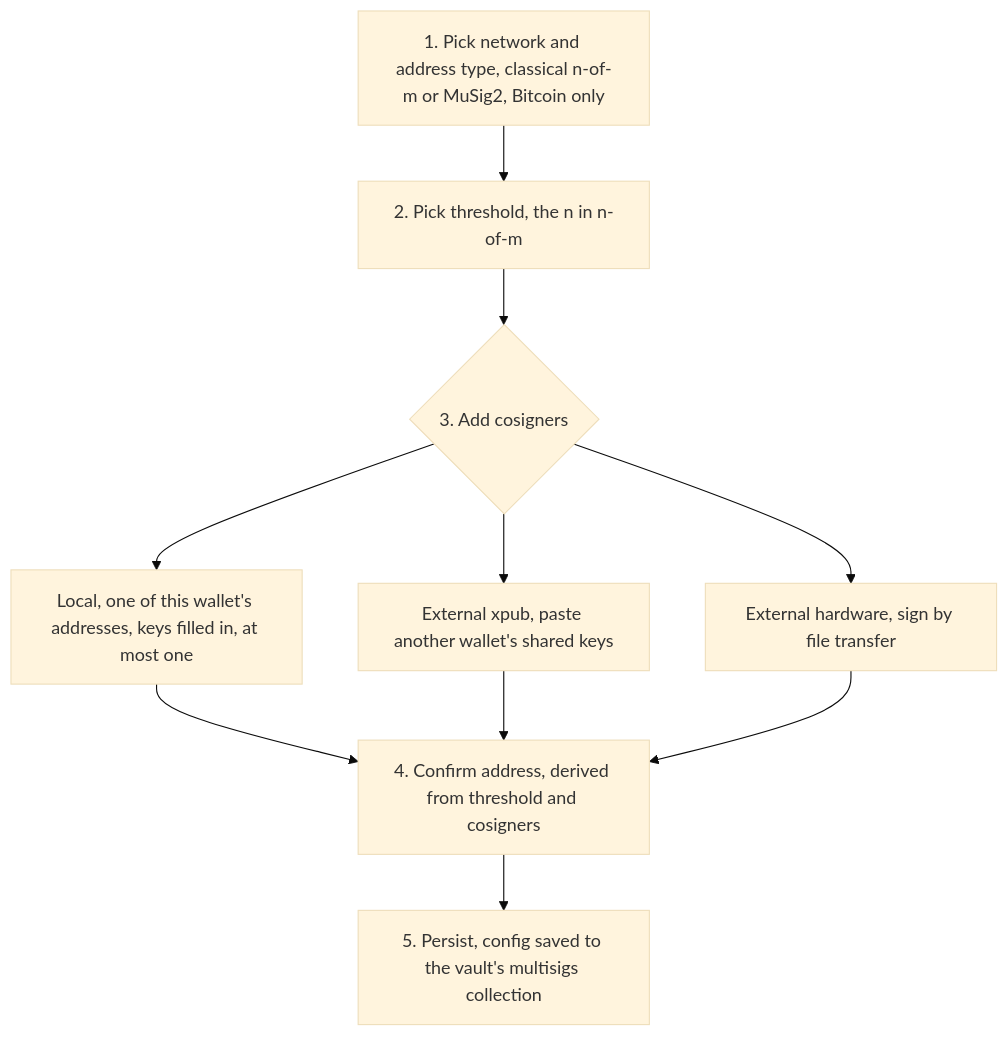
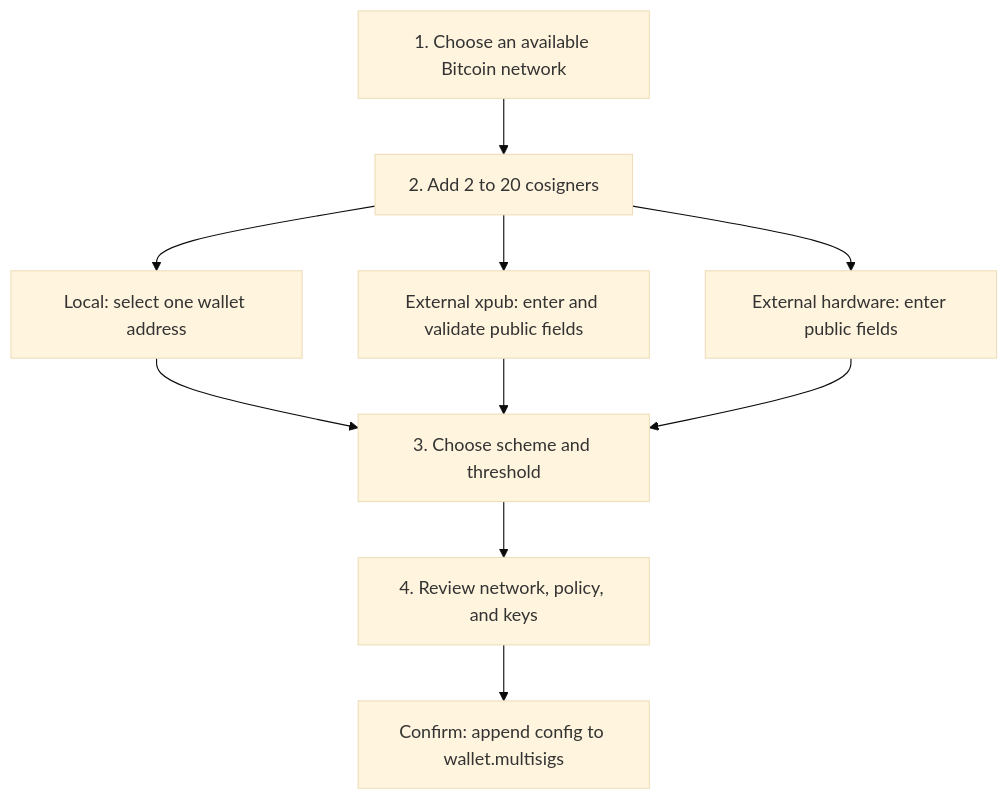
One commit to XChain-Platform/xchain-documentation changed the first of 3 diagrams in components/wallet/multisig.md. Above: the diagram before and after it, drawn with Mermaid (base theme). The commit also changed other lines of this file, not shown here.

Commit message:
Correct multisig wallet documentation

````diff
--- a/components/wallet/multisig.md
+++ b/components/wallet/multisig.md
@@ -56,17 +76,17 @@
 ```mermaid
 flowchart TD
-    S1["1. Pick network and address type, classical n-of-m or MuSig2, Bitcoin only"]
-    S2["2. Pick threshold, the n in n-of-m"]
-    S3{"3. Add cosigners"}
-    LOCAL["Local, one of this wallet's addresses, keys filled in, at most one"]
-    PAIRED["External xpub, paste another wallet's shared keys"]
-    IMPORTED["External hardware, sign by file transfer"]
-    S4["4. Confirm address, derived from threshold and cosigners"]
-    S5["5. Persist, config saved to the vault's multisigs collection"]
+    S1["1. Choose an available Bitcoin network"]
+    S2["2. Add 2 to 20 cosigners"]
+    LOCAL["Local: select one wallet address"]
+    XPUB["External xpub: enter and validate public fields"]
+    HARDWARE["External hardware: enter public fields"]
+    S3["3. Choose scheme and threshold"]
+    REVIEW["4. Review network, policy, and keys"]
+    SAVE["Confirm: append config to wallet.multisigs"]
 
-    S1 --> S2 --> S3
-    S3 --> LOCAL --> S4
-    S3 --> PAIRED --> S4
-    S3 --> IMPORTED --> S4
-    S4 --> S5
+    S1 --> S2
+    S2 --> LOCAL --> S3
+    S2 --> XPUB --> S3
+    S2 --> HARDWARE --> S3
+    S3 --> REVIEW --> SAVE
 ```
````
